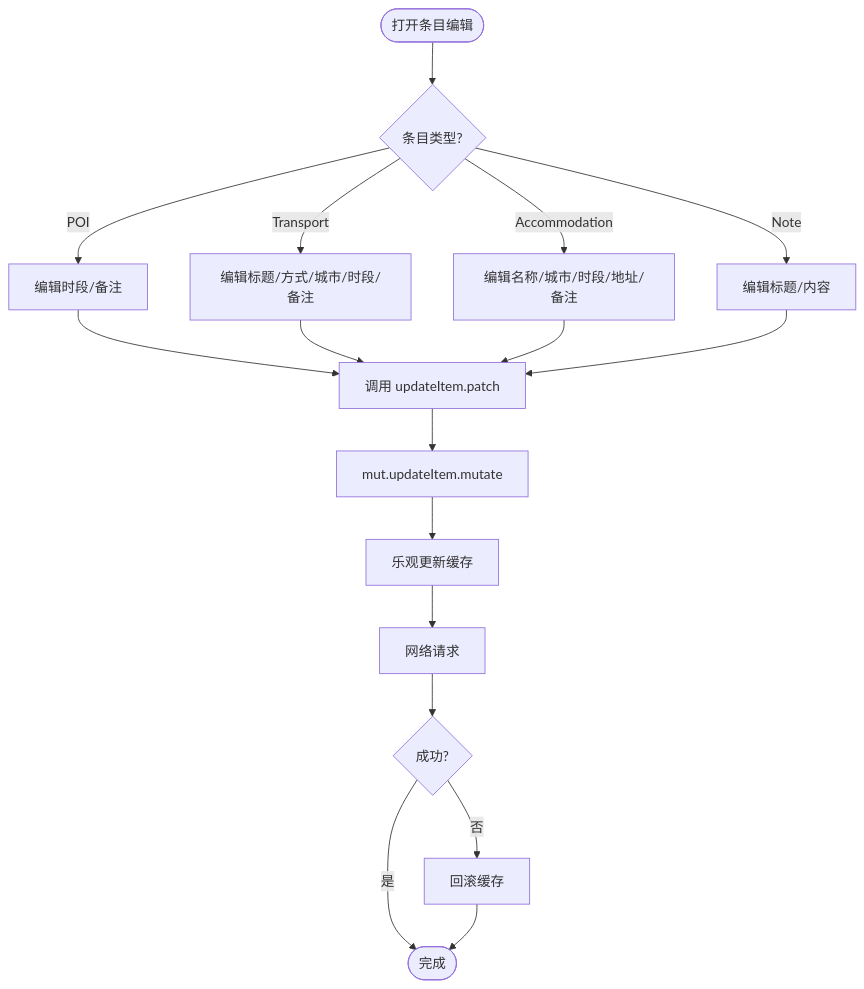
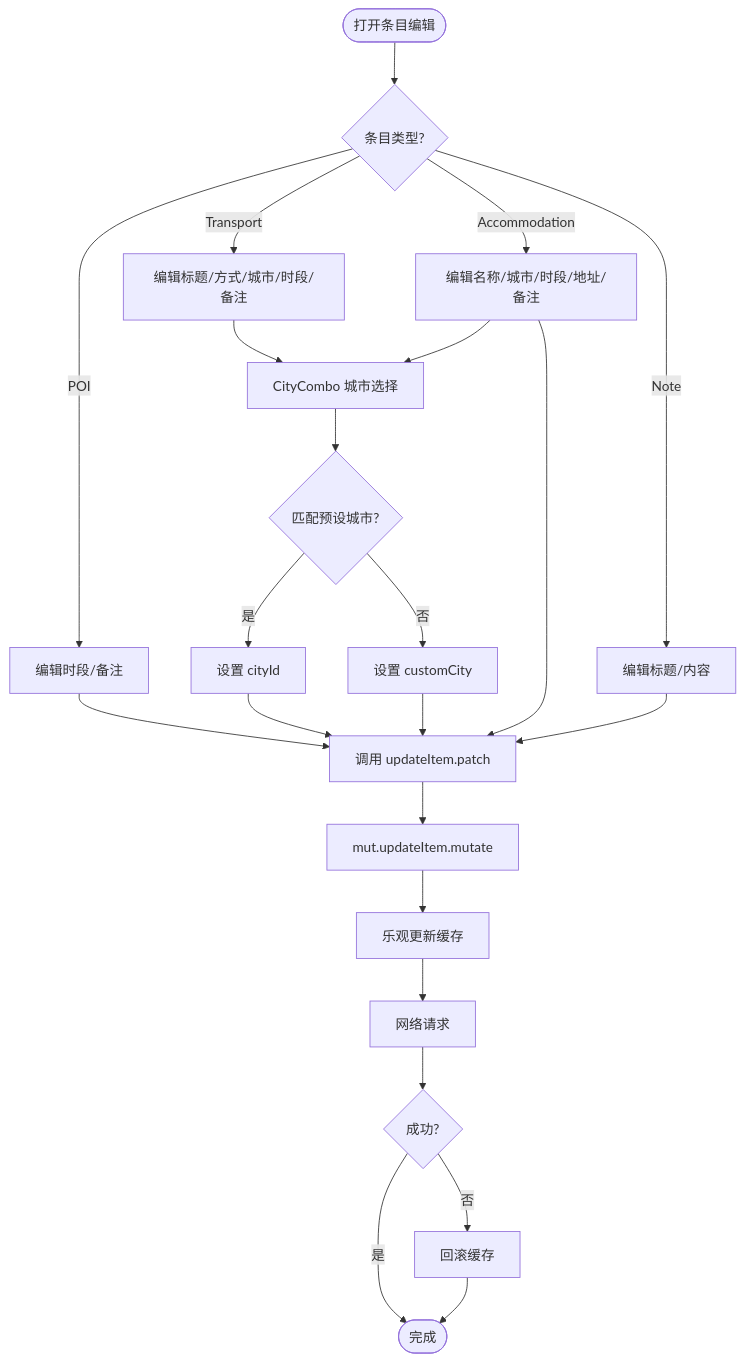
Before and after one commit to huangyilu/wanwuyishi: the third of 7 diagrams in .qoder/repowiki/zh/content/核心功能模块/行程管理模块/项目编辑器/项目编辑器.md, drawn with Mermaid. The commit also changed other lines of this file and 93 other files, not shown here.

````diff
--- a/.qoder/repowiki/zh/content/核心功能模块/行程管理模块/项目编辑器/项目编辑器.md
+++ b/.qoder/repowiki/zh/content/核心功能模块/行程管理模块/项目编辑器/项目编辑器.md
@@ -145,19 +166,25 @@
 ```mermaid
 flowchart TD
 Start(["打开条目编辑"]) --> Kind{"条目类型?"}
 Kind --> |POI| POIFields["编辑时段/备注"]
 Kind --> |Transport| TransFields["编辑标题/方式/城市/时段/备注"]
 Kind --> |Accommodation| AccFields["编辑名称/城市/时段/地址/备注"]
 Kind --> |Note| NoteFields["编辑标题/内容"]
-POIFields --> Patch["调用 updateItem.patch"]
-TransFields --> Patch
+TransFields --> CityCombo["CityCombo 城市选择"]
+AccFields --> CityCombo
+CityCombo --> Match{"匹配预设城市?"}
+Match --> |是| SetCityId["设置 cityId"]
+Match --> |否| SetCustom["设置 customCity"]
+SetCityId --> Patch["调用 updateItem.patch"]
+SetCustom --> Patch
+POIFields --> Patch
 AccFields --> Patch
 NoteFields --> Patch
 Patch --> Mutate["mut.updateItem.mutate"]
 Mutate --> Optimistic["乐观更新缓存"]
 Optimistic --> Network["网络请求"]
 Network --> Success{"成功?"}
 Success --> |是| End(["完成"])
 Success --> |否| Rollback["回滚缓存"]
 Rollback --> End
 ```
````
